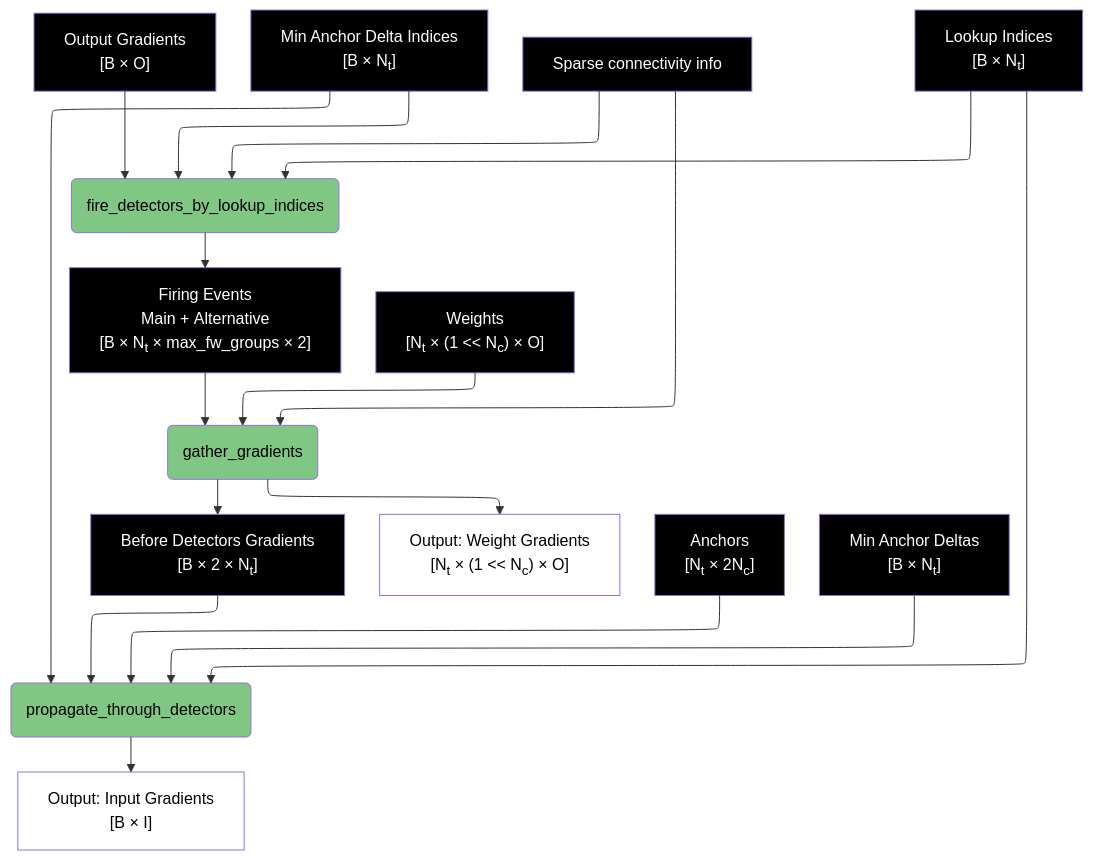
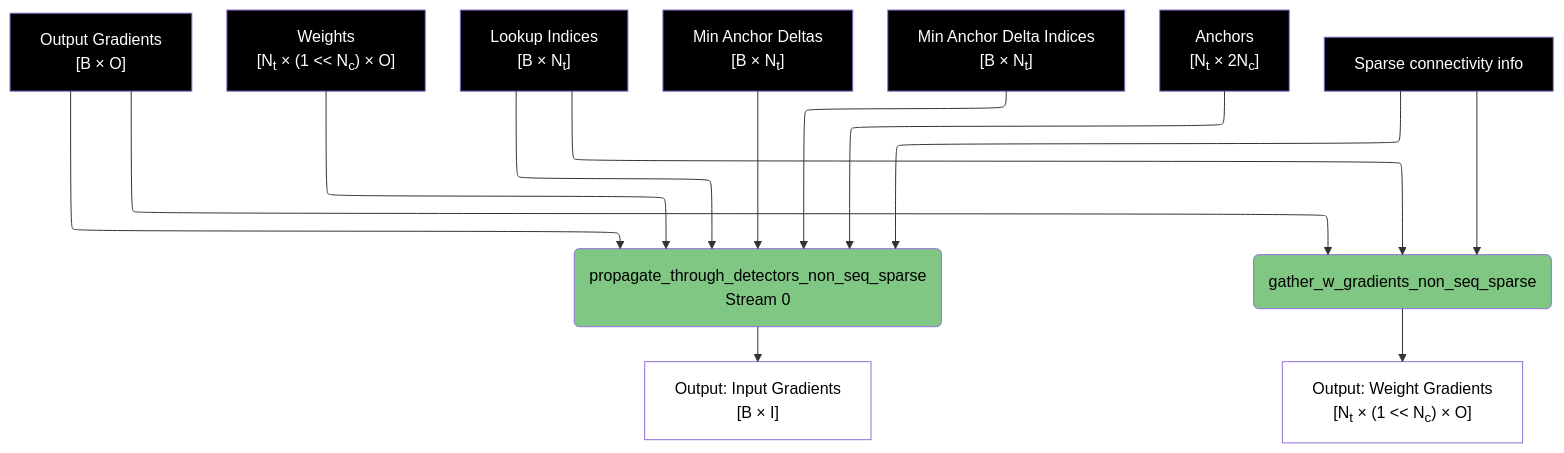
One commit to anatoli-starostin/spiky changed the fourth of 8 diagrams in spiky_cuda/lut/doc/LUT_RUNTIME_DATA_FLOW.md. Above: the diagram before and after it, drawn with Mermaid. The commit also changed other lines of this file, not shown here.

Commit message:
LUT in progress

````diff
--- a/spiky_cuda/lut/doc/LUT_RUNTIME_DATA_FLOW.md
+++ b/spiky_cuda/lut/doc/LUT_RUNTIME_DATA_FLOW.md
@@ -128,39 +120,34 @@
 ```mermaid
 %%{init: { "flowchart": { "defaultRenderer": "elk" } }}%%
 flowchart TD
-    A["Output Gradients<br/>[B × O]"] --> B(fire_detectors_by_lookup_indices)
+    A["Output Gradients<br/>[B × O]"] --> B("propagate_through_detectors_non_seq_sparse<br/>Stream 0")
+    A --> C("gather_w_gradients_non_seq_sparse")
+    
+    W4["Weights<br/>[N<sub>t</sub> × (1 << N<sub>c</sub>) × O]"] --> B
+    
+    L5["Lookup Indices<br/>[B × N<sub>t</sub>]"] --> B
+    L5 --> C
+    
+    M3["Min Anchor Deltas<br/>[B × N<sub>t</sub>]"] --> B
     M9["Min Anchor Delta Indices<br/>[B × N<sub>t</sub>]"] --> B
+    
+    D4["Anchors<br/>[N<sub>t</sub> × 2N<sub>c</sub>]"] --> B
+    
     SC2["Sparse connectivity info"] --> B
-    L5["Lookup Indices<br/>[B × N<sub>t</sub>]"] --> B
+    SC2 --> C
     
-    B --> C["Firing Events<br/>Main&nbsp;+&nbsp;Alternative<br/>[B&nbsp;×&nbsp;N<sub>t</sub>&nbsp;×&nbsp;max_fw_groups&nbsp;×&nbsp;2]"]
-    
-    W4["Weights<br/>[N<sub>t</sub> × (1 << N<sub>c</sub>) × O]"] --> D(gather_gradients)
-    SC2 --> D
-    C --> D
-    
-    D --> E["Before Detectors Gradients<br/>[B × 2 × N<sub>t</sub>]"]
-    D --> F["Output: Weight Gradients<br/>[N<sub>t</sub>&nbsp;×&nbsp;(1&nbsp;<<&nbsp;N<sub>c</sub>)&nbsp;×&nbsp;O]"]
-    
-    D4["Anchors<br/>[N<sub>t</sub> × 2N<sub>c</sub>]"] --> G(propagate_through_detectors)
-    M3["Min Anchor Deltas<br/>[B × N<sub>t</sub>]"] --> G
-    M9 --> G
-    L5 --> G
-    E --> G
-    G --> H["Output: Input Gradients<br/>[B × I]"]
+    B --> D["Output: Input Gradients<br/>[B × I]"]
+    C --> E["Output: Weight Gradients<br/>[N<sub>t</sub>&nbsp;×&nbsp;(1&nbsp;<<&nbsp;N<sub>c</sub>)&nbsp;×&nbsp;O]"]
     
     style B fill:#81c784,color:#000000
-    style D fill:#81c784,color:#000000
-    style G fill:#81c784,color:#000000
-    style F fill:#ffffff,color:#000000
-    style H fill:#ffffff,color:#000000
+    style C fill:#81c784,color:#000000
+    style D fill:#ffffff,color:#000000
+    style E fill:#ffffff,color:#000000
     style A fill:#000000,color:#ffffff
     style W4 fill:#000000,color:#ffffff
     style L5 fill:#000000,color:#ffffff
     style M3 fill:#000000,color:#ffffff
     style M9 fill:#000000,color:#ffffff
     style D4 fill:#000000,color:#ffffff
     style SC2 fill:#000000,color:#ffffff
-    style E fill:#000000,color:#ffffff
-    style C fill:#000000,color:#ffffff
 ```
````
